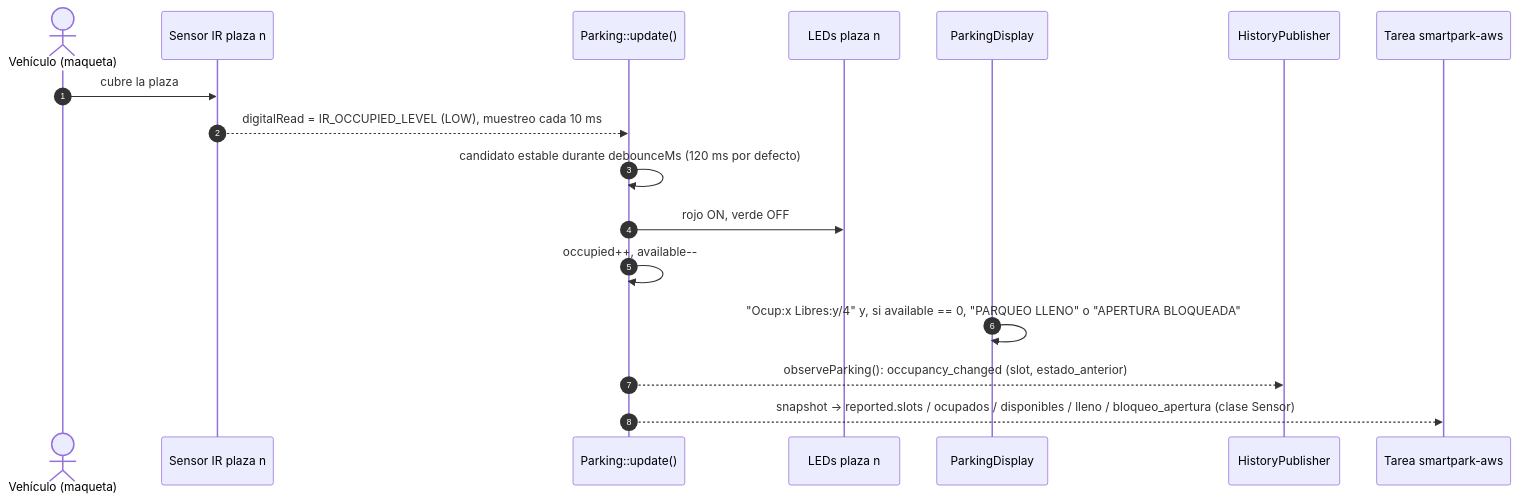
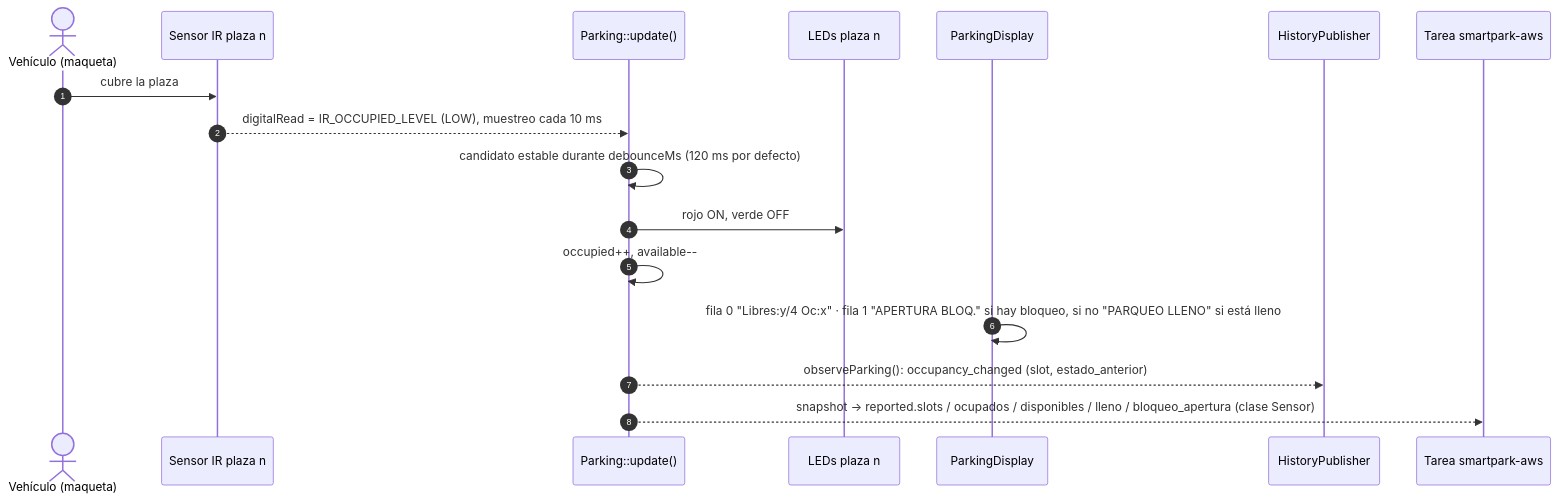
One commit to ciriarte-dev/smartpark-iot-practice-4-aws-alexa changed the diagram in docs/diagrams/09-secuencia-edge-plaza.mmd. Above: the diagram before and after it, drawn with Mermaid. The commit also changed 1 other file, not shown here.

Commit message:
docs: update lcd text in sequence diagram

```diff
--- a/docs/diagrams/09-secuencia-edge-plaza.mmd
+++ b/docs/diagrams/09-secuencia-edge-plaza.mmd
@@ -1,17 +1,17 @@
 sequenceDiagram
     autonumber
     actor V as Vehículo (maqueta)
     participant IR as Sensor IR plaza n
     participant PK as Parking::update()
     participant LED as LEDs plaza n
     participant LCD as ParkingDisplay
     participant HP as HistoryPublisher
     participant NET as Tarea smartpark-aws
     V->>IR: cubre la plaza
     IR-->>PK: digitalRead = IR_OCCUPIED_LEVEL (LOW), muestreo cada 10 ms
     PK->>PK: candidato estable durante debounceMs (120 ms por defecto)
     PK->>LED: rojo ON, verde OFF
     PK->>PK: occupied++, available--
-    LCD->>LCD: "Ocup:x Libres:y/4" y, si available == 0, "PARQUEO LLENO" o "APERTURA BLOQUEADA"
+    LCD->>LCD: fila 0 "Libres:y/4 Oc:x" · fila 1 "APERTURA BLOQ." si hay bloqueo, si no "PARQUEO LLENO" si está lleno
     PK-->>HP: observeParking(): occupancy_changed (slot, estado_anterior)
     PK-->>NET: snapshot → reported.slots / ocupados / disponibles / lleno / bloqueo_apertura (clase Sensor)
```
